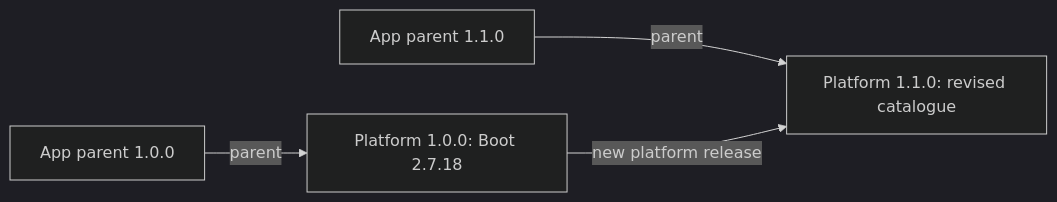
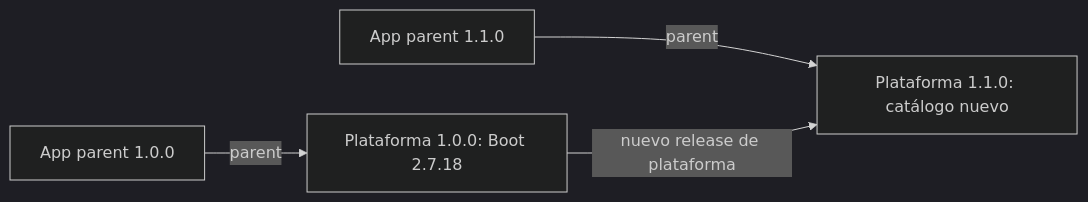
Before and after one commit to IAAA-Lab/maven-corporate-pom: the third of 4 diagrams in README.md, drawn with Mermaid (dark theme). The commit also changed other lines of this file and 10 other files, not shown here.

````diff
--- a/README.md
+++ b/README.md
@@ -187,11 +144,11 @@
 ```mermaid
 flowchart LR
     oldApp["App parent 1.0.0"]
-    oldPlatform["Platform 1.0.0: Boot 2.7.18"]
-    newPlatform["Platform 1.1.0: revised catalogue"]
+    oldPlatform["Plataforma 1.0.0: Boot 2.7.18"]
+    newPlatform["Plataforma 1.1.0: catálogo nuevo"]
     upgradedApp["App parent 1.1.0"]
 
     oldApp -->|"parent"| oldPlatform
     upgradedApp -->|"parent"| newPlatform
-    oldPlatform -->|"new platform release"| newPlatform
+    oldPlatform -->|"nuevo release de plataforma"| newPlatform
 ```
````
